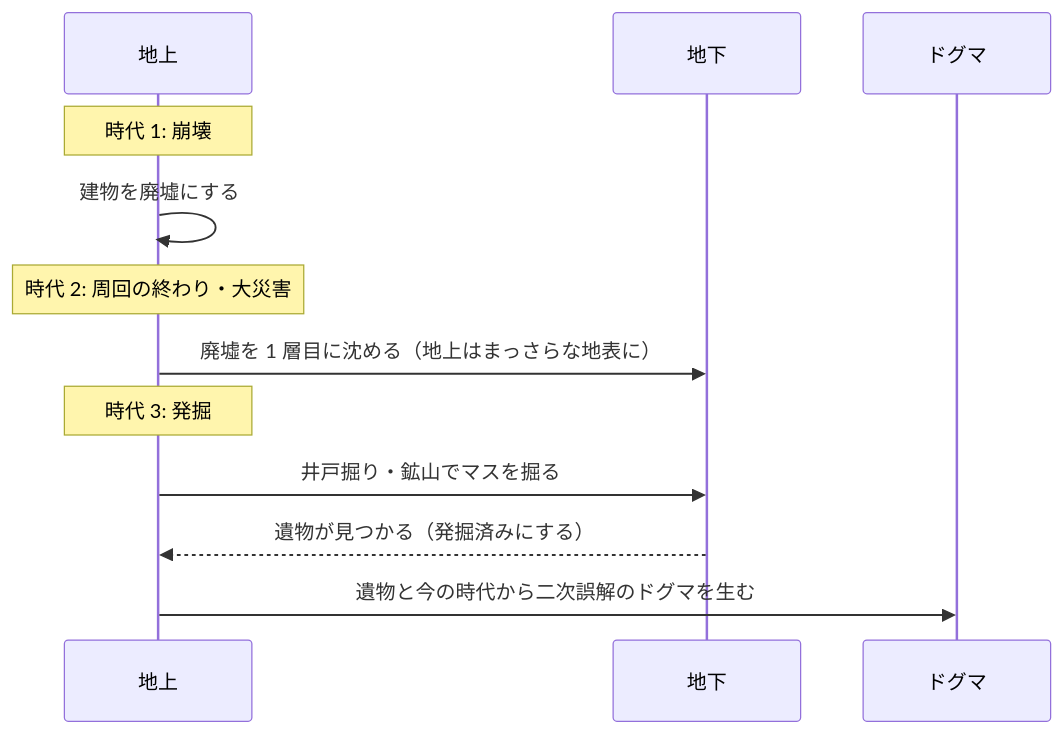
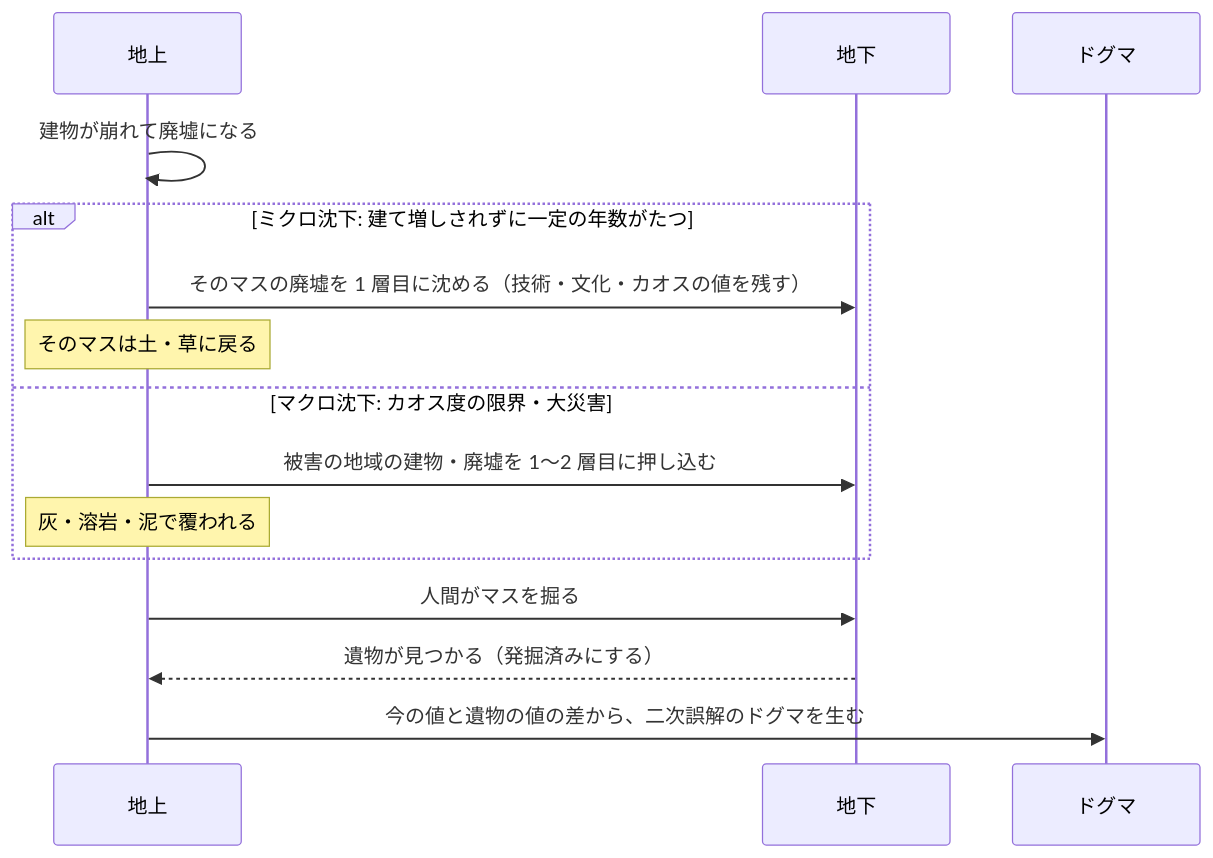
Before and after one commit to Vouivret/TheogonyX: the first of 2 diagrams in docs/domain/strata.md, drawn with Mermaid. The commit also changed other lines of this file and 4 other files, not shown here.

````diff
--- a/docs/domain/strata.md
+++ b/docs/domain/strata.md
@@ -47,14 +52,17 @@
 ```mermaid
 sequenceDiagram
     participant 地上
     participant 地下
     participant ドグマ
-    Note over 地上: 時代 1: 崩壊
-    地上->>地上: 建物を廃墟にする
-    Note over 地上: 時代 2: 周回の終わり・大災害
-    地上->>地下: 廃墟を 1 層目に沈める（地上はまっさらな地表に）
-    Note over 地上: 時代 3: 発掘
-    地上->>地下: 井戸掘り・鉱山でマスを掘る
+    地上->>地上: 建物が崩れて廃墟になる
+    alt ミクロ沈下: 建て増しされずに一定の年数がたつ
+        地上->>地下: そのマスの廃墟を 1 層目に沈める（技術・文化・カオスの値を残す）
+        Note over 地上: そのマスは土・草に戻る
+    else マクロ沈下: カオス度の限界・大災害
+        地上->>地下: 被害の地域の建物・廃墟を 1〜2 層目に押し込む
+        Note over 地上: 灰・溶岩・泥で覆われる
+    end
+    地上->>地下: 人間がマスを掘る
     地下-->>地上: 遺物が見つかる（発掘済みにする）
-    地上->>ドグマ: 遺物と今の時代から二次誤解のドグマを生む
+    地上->>ドグマ: 今の値と遺物の値の差から、二次誤解のドグマを生む
 ```
````
